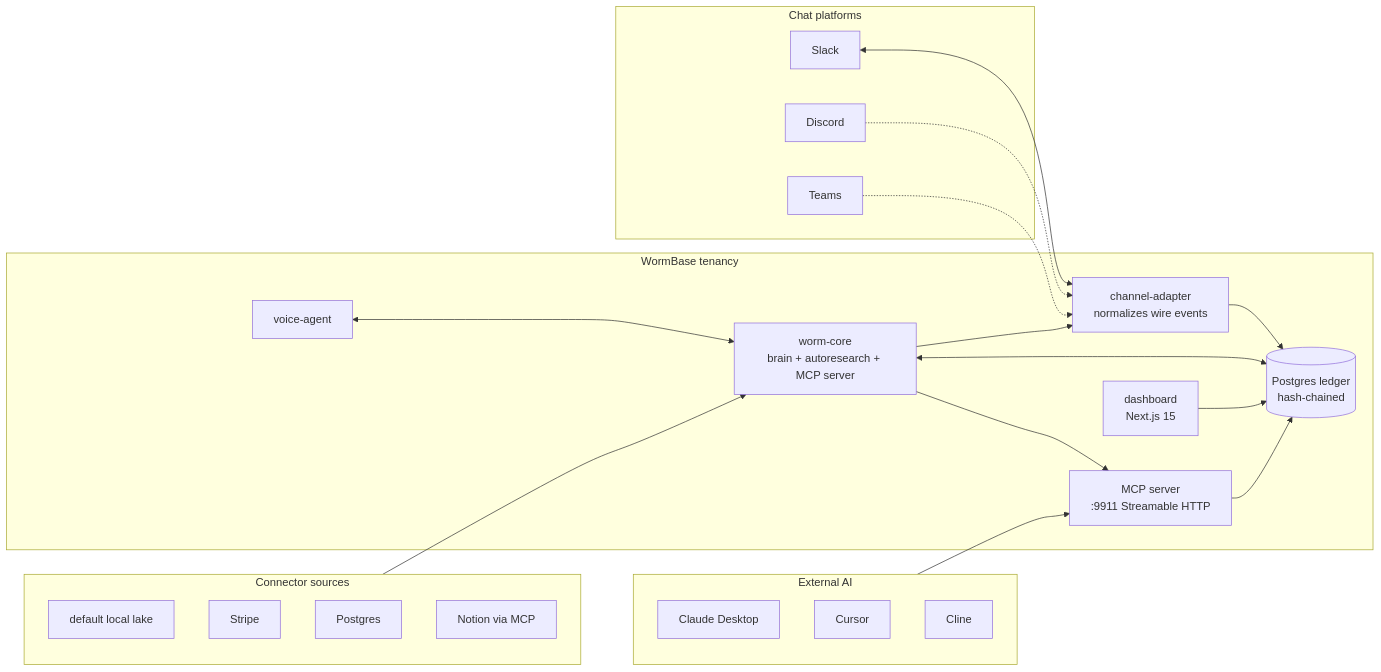
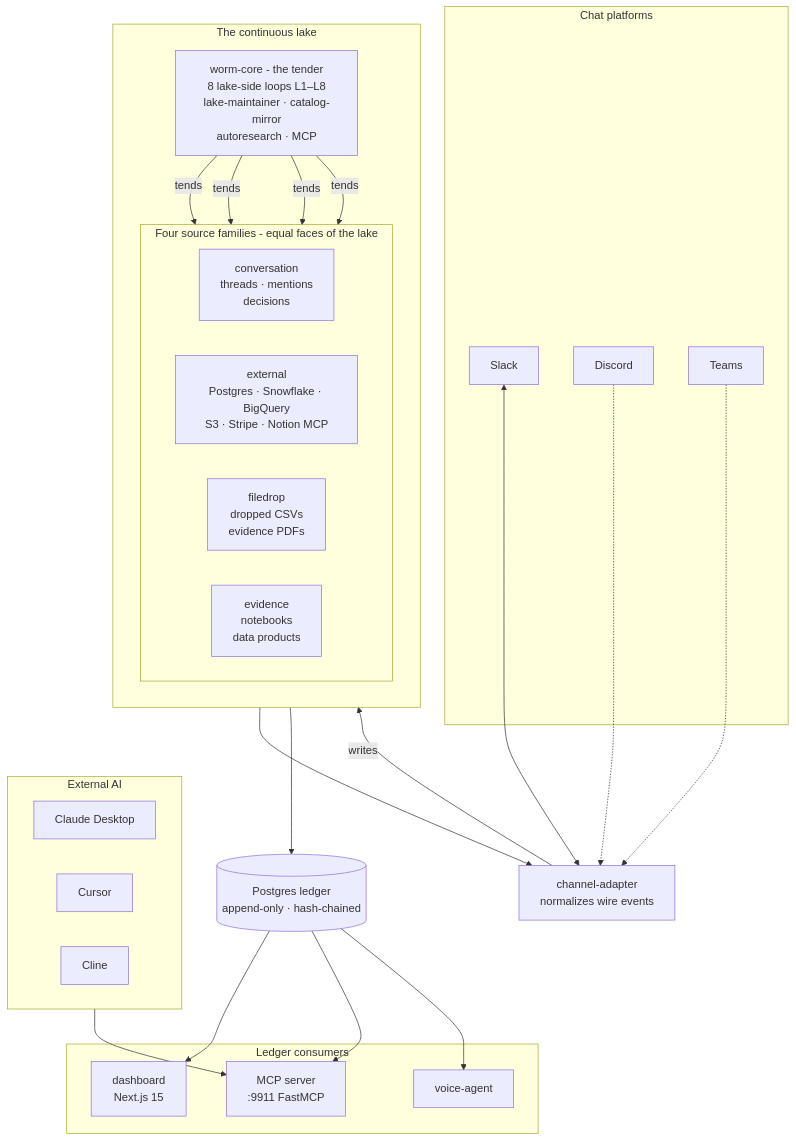
The diagram in README.md (ricalanis/wormbase-oss), drawn with Mermaid before and after one commit. The commit also changed other lines of this file, not shown here.

First line of the commit message:
docs(readme): re-anchor on continuous-lake thesis + corrected diagram

````diff
--- a/README.md
+++ b/README.md
@@ -78,43 +112,51 @@
 ```mermaid
-flowchart LR
-    subgraph Channels[Chat platforms]
+flowchart TB
+    subgraph Chat[Chat platforms]
         Slack[Slack]
         Discord[Discord]
         Teams[Teams]
     end
 
-    subgraph WB[WormBase tenancy]
-        ADAPT[channel-adapter<br/>normalizes wire events]
-        WORM[worm-core<br/>brain + autoresearch + MCP server]
-        LEDGER[(Postgres ledger<br/>hash-chained)]
-        DASH[dashboard<br/>Next.js 15]
-        MCP[MCP server<br/>:9911 Streamable HTTP]
-        VOICE[voice-agent]
+    ADAPT[channel-adapter<br/>normalizes wire events]
+
+    subgraph Lake[The continuous lake]
+        direction TB
+        subgraph Surfaces[Four source families - equal faces of the lake]
+            direction LR
+            CONV[conversation<br/>threads · mentions<br/>decisions]
+            EXT[external<br/>Postgres · Snowflake · BigQuery<br/>S3 · Stripe · Notion MCP]
+            FD[filedrop<br/>dropped CSVs<br/>evidence PDFs]
+            EV[evidence<br/>notebooks<br/>data products]
+        end
+        WORM[worm-core - the tender<br/>8 lake-side loops L1–L8<br/>lake-maintainer · catalog-mirror<br/>autoresearch · MCP]
     end
 
-    subgraph Sources[Connector sources]
-        LOCAL[default local lake]
-        STRIPE[Stripe]
-        PG[Postgres]
-        NOTION[Notion via MCP]
+    LEDGER[(Postgres ledger<br/>append-only · hash-chained)]
+
+    subgraph Consumers[Ledger consumers]
+        DASH[dashboard<br/>Next.js 15]
+        MCP[MCP server<br/>:9911 FastMCP]
+        VOICE[voice-agent]
     end
 
     subgraph Clients[External AI]
         CD[Claude Desktop]
         CURSOR[Cursor]
         CLINE[Cline]
     end
 
     Slack <--> ADAPT
     Discord -.-> ADAPT
     Teams -.-> ADAPT
-    ADAPT --> LEDGER
-    WORM <--> LEDGER
-    DASH --> LEDGER
+    ADAPT -- writes --> CONV
+    WORM -- tends --> CONV
+    WORM -- tends --> EXT
+    WORM -- tends --> FD
+    WORM -- tends --> EV
+    Lake --> LEDGER
+    LEDGER --> DASH
+    LEDGER --> MCP
+    LEDGER --> VOICE
+    Clients --> MCP
     WORM --> ADAPT
-    Sources --> WORM
-    WORM --> MCP
-    Clients --> MCP
-    MCP --> LEDGER
-    VOICE <--> WORM
 ```
````
